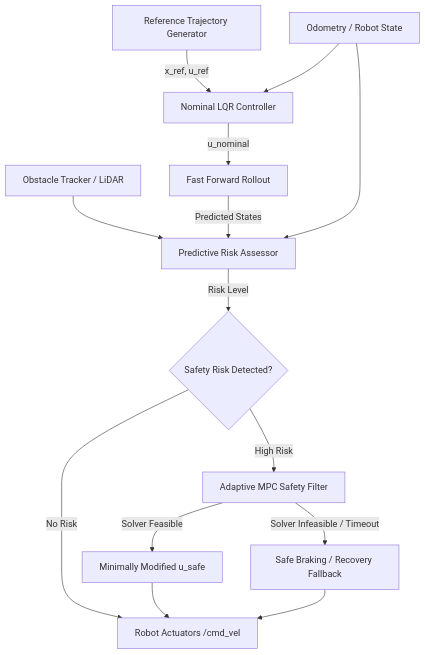
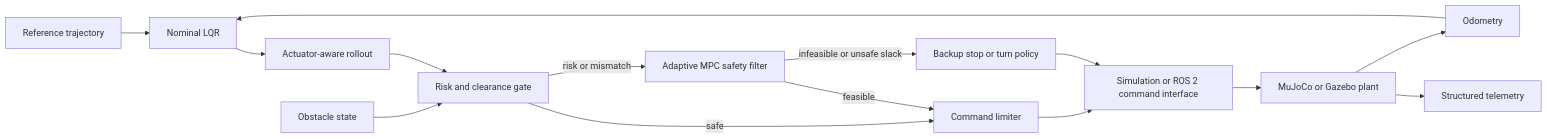
Before and after one commit to Erebuzzz/Risk-Aware-Hybrid-LQR-MPC-Navigation-for-Autonomous-Systems: the first of 2 diagrams in README.md, drawn with Mermaid. The commit also changed other lines of this file and 482 other files, not shown here.

````diff
--- a/README.md
+++ b/README.md
@@ -73,21 +19,17 @@
 ```mermaid
-flowchart TD
-    Ref[Reference Trajectory Generator] -->|x_ref, u_ref| LQR[Nominal LQR Controller]
-    Odom[Odometry / Robot State] --> LQR
-    Odom --> Risk[Predictive Risk Assessor]
-    Obs[Obstacle Tracker / LiDAR] --> Risk
-    
-    LQR -->|u_nominal| Rollout[Fast Forward Rollout]
-    Rollout -->|Predicted States| Risk
-    
-    Risk -->|Risk Level| Arbiter{Safety Risk Detected?}
-    
-    Arbiter -->|No Risk| Plant[Robot Actuators /cmd_vel]
-    Arbiter -->|High Risk| AMPC[Adaptive MPC Safety Filter]
-    
-    AMPC -->|Solver Feasible| FilteredCmd[Minimally Modified u_safe]
-    AMPC -->|Solver Infeasible / Timeout| Backup[Safe Braking / Recovery Fallback]
-    
-    FilteredCmd --> Plant
-    Backup --> Plant
+flowchart LR
+    REF[Reference trajectory] --> LQR[Nominal LQR]
+    ODOM[Odometry] --> LQR
+    OBS[Obstacle state] --> RISK[Risk and clearance gate]
+    LQR --> ROLL[Actuator-aware rollout]
+    ROLL --> RISK
+    RISK -->|safe| CMD[Command limiter]
+    RISK -->|risk or mismatch| PSF[Adaptive MPC safety filter]
+    PSF -->|feasible| CMD
+    PSF -->|infeasible or unsafe slack| BACKUP[Backup stop or turn policy]
+    CMD --> HAL[Simulation or ROS 2 command interface]
+    BACKUP --> HAL
+    HAL --> PLANT[MuJoCo or Gazebo plant]
+    PLANT --> ODOM
+    PLANT --> LOG[Structured telemetry]
 ```
````
